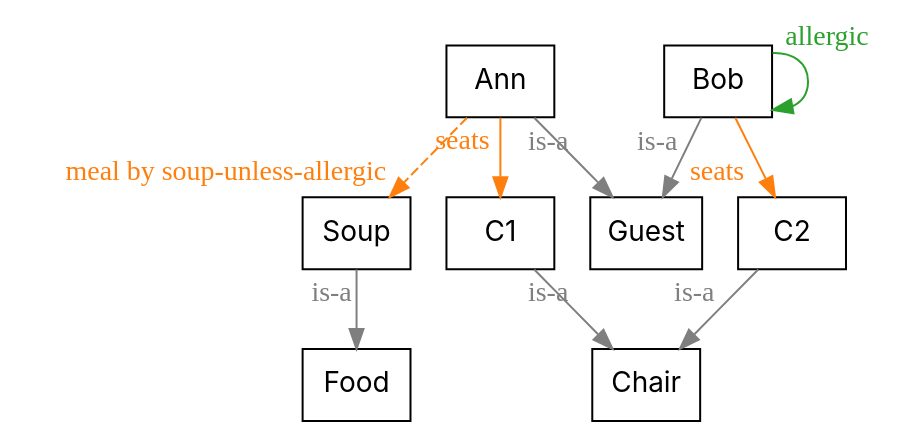
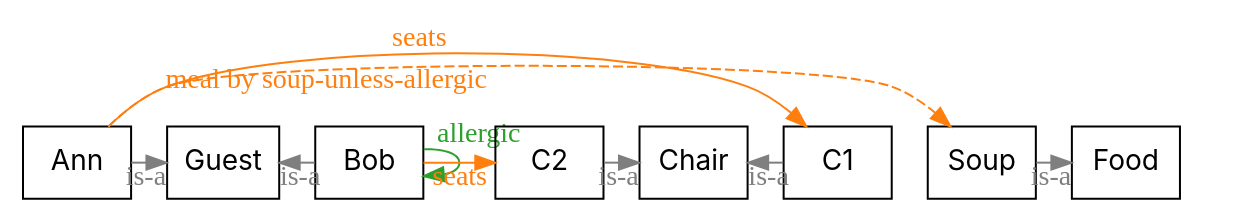
The diagram in docs/ein/reasoning/02-kb-evolution/diagrams/03-soup-saturated.dot (agutikov/ein), drawn with Graphviz before and after one commit. The commit also changed 29 other files, not shown here.

```diff
--- a/docs/ein/reasoning/02-kb-evolution/diagrams/03-soup-saturated.dot
+++ b/docs/ein/reasoning/02-kb-evolution/diagrams/03-soup-saturated.dot
@@ -1,14 +1,16 @@
 digraph kb {
   rankdir=TB;
   ranksep=0.55;
   node [fontname="Inter", shape=box];
-  "Ann" -> "Guest" [xlabel="is-a", color="#7f7f7f", fontcolor="#7f7f7f", style=solid];
-  "Bob" -> "Guest" [xlabel="is-a", color="#7f7f7f", fontcolor="#7f7f7f", style=solid];
-  "C1" -> "Chair" [xlabel="is-a", color="#7f7f7f", fontcolor="#7f7f7f", style=solid];
-  "C2" -> "Chair" [xlabel="is-a", color="#7f7f7f", fontcolor="#7f7f7f", style=solid];
-  "Soup" -> "Food" [xlabel="is-a", color="#7f7f7f", fontcolor="#7f7f7f", style=solid];
-  "Ann" -> "C1" [xlabel="seats", color="#ff7f0e", fontcolor="#ff7f0e", style=solid];
-  "Bob" -> "C2" [xlabel="seats", color="#ff7f0e", fontcolor="#ff7f0e", style=solid];
-  "Bob" -> "Bob" [xlabel="allergic", color="#2ca02c", fontcolor="#2ca02c", style=solid];
-  "Ann" -> "Soup" [xlabel="meal by soup-unless-allergic", color="#ff7f0e", fontcolor="#ff7f0e", style=dashed];
+  "Ann" -> "Guest" [xlabel="is-a", color="#7f7f7f", fontcolor="#7f7f7f", style=solid, constraint=false];
+  "Bob" -> "Guest" [xlabel="is-a", color="#7f7f7f", fontcolor="#7f7f7f", style=solid, constraint=false];
+  "C1" -> "Chair" [xlabel="is-a", color="#7f7f7f", fontcolor="#7f7f7f", style=solid, constraint=false];
+  "C2" -> "Chair" [xlabel="is-a", color="#7f7f7f", fontcolor="#7f7f7f", style=solid, constraint=false];
+  "Soup" -> "Food" [xlabel="is-a", color="#7f7f7f", fontcolor="#7f7f7f", style=solid, constraint=false];
+  "Ann" -> "C1" [xlabel="seats", color="#ff7f0e", fontcolor="#ff7f0e", style=solid, constraint=false];
+  "Bob" -> "C2" [xlabel="seats", color="#ff7f0e", fontcolor="#ff7f0e", style=solid, constraint=false];
+  "Bob" -> "Bob" [xlabel="allergic", color="#2ca02c", fontcolor="#2ca02c", style=solid, constraint=false];
+  "Ann" -> "Soup" [xlabel="meal by soup-unless-allergic", color="#ff7f0e", fontcolor="#ff7f0e", style=dashed, constraint=false];
+  "layer 0" [style=invis, label="", width=0, height=0, fixedsize=true];
+  { rank=same; "layer 0"; "Ann"; "Guest"; "Bob"; "C1"; "Chair"; "C2"; "Soup"; "Food"; }
 }
```
